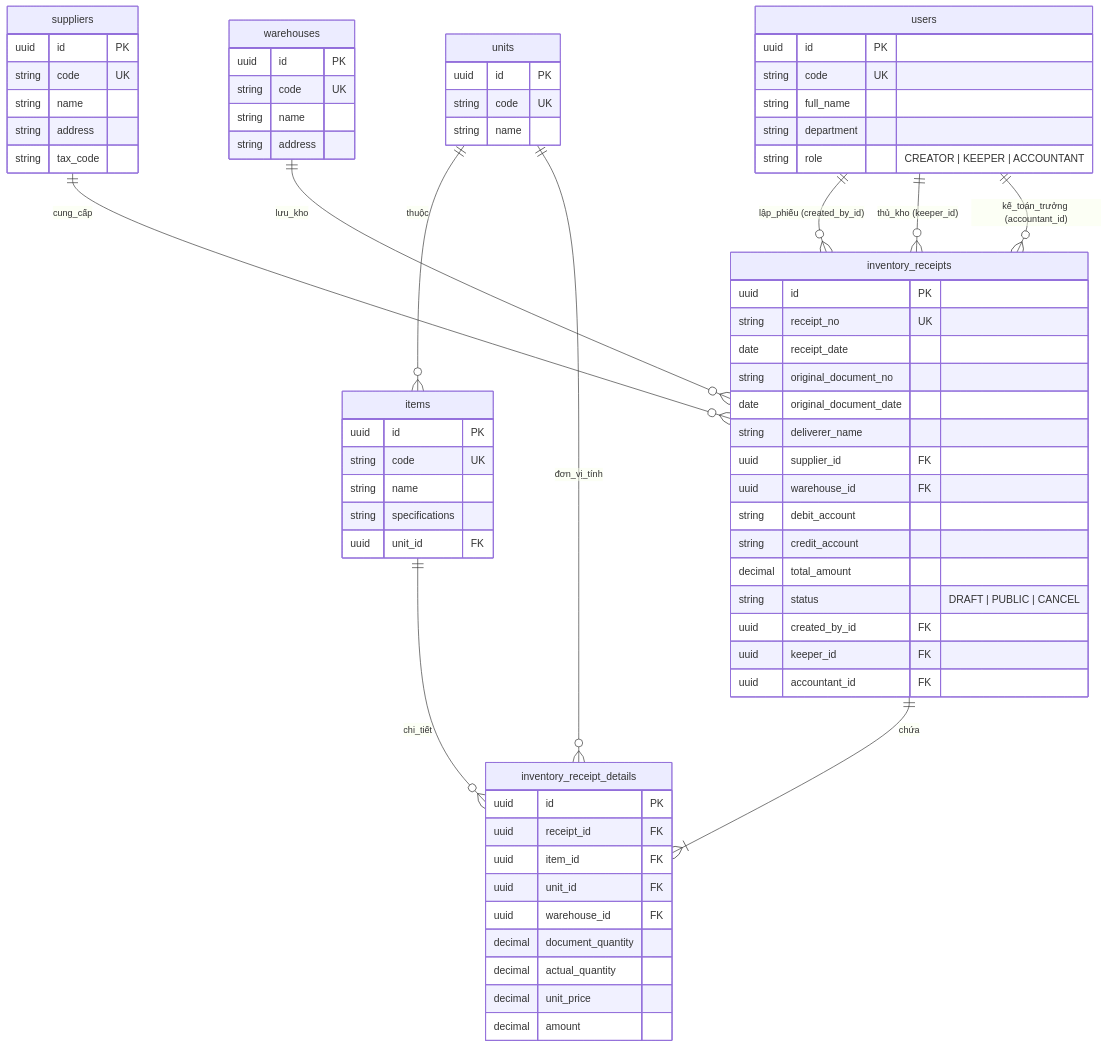
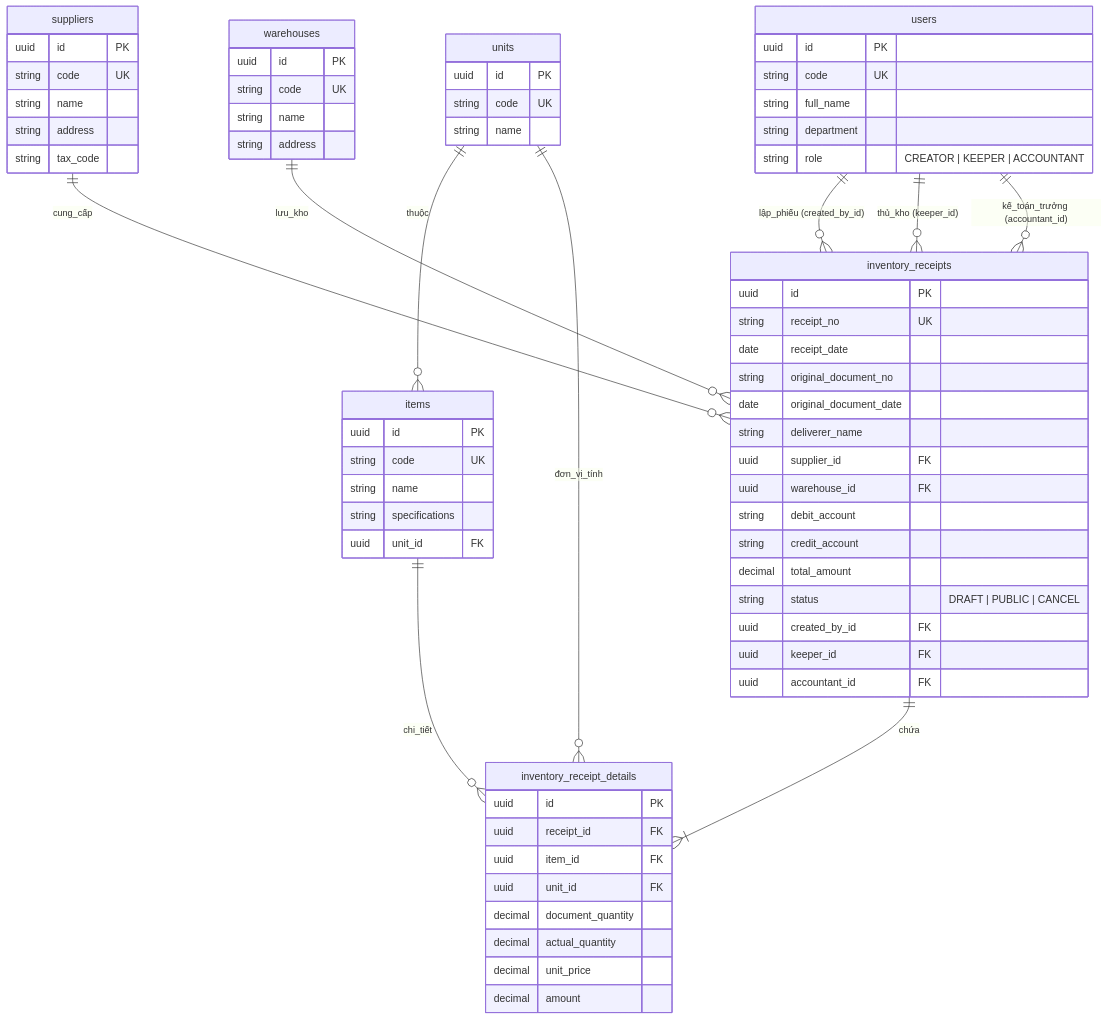
The diagram in docs/cores/database_design.md (Duancoders03/warehouse_test), drawn with Mermaid before and after one commit. The commit also changed other lines of this file and 10 other files, not shown here.

````diff
--- a/docs/cores/database_design.md
+++ b/docs/cores/database_design.md
@@ -24,80 +24,79 @@
 ```mermaid
 erDiagram
     units ||--o{ items : "thuộc"
     units ||--o{ inventory_receipt_details : "đơn_vị_tính"
     suppliers ||--o{ inventory_receipts : "cung_cấp"
     warehouses ||--o{ inventory_receipts : "lưu_kho"
     users ||--o{ inventory_receipts : "lập_phiếu (created_by_id)"
     users ||--o{ inventory_receipts : "thủ_kho (keeper_id)"
     users ||--o{ inventory_receipts : "kế_toán_trưởng (accountant_id)"
-    
+
     inventory_receipts ||--|{ inventory_receipt_details : "chứa"
     items ||--o{ inventory_receipt_details : "chi_tiết"
 
     units {
         uuid id PK
         string code UK
         string name
     }
 
     suppliers {
         uuid id PK
         string code UK
         string name
         string address
         string tax_code
     }
 
     warehouses {
         uuid id PK
         string code UK
         string name
         string address
     }
 
     users {
         uuid id PK
         string code UK
         string full_name
         string department
         string role "CREATOR | KEEPER | ACCOUNTANT"
     }
 
     items {
         uuid id PK
         string code UK
         string name
         string specifications
         uuid unit_id FK
     }
 
     inventory_receipts {
         uuid id PK
         string receipt_no UK
         date receipt_date
         string original_document_no
         date original_document_date
         string deliverer_name
         uuid supplier_id FK
         uuid warehouse_id FK
         string debit_account
         string credit_account
         decimal total_amount
         string status "DRAFT | PUBLIC | CANCEL"
         uuid created_by_id FK
         uuid keeper_id FK
         uuid accountant_id FK
     }
 
     inventory_receipt_details {
         uuid id PK
         uuid receipt_id FK
         uuid item_id FK
         uuid unit_id FK
-        uuid warehouse_id FK
         decimal document_quantity
         decimal actual_quantity
         decimal unit_price
         decimal amount
     }
 ```
````
